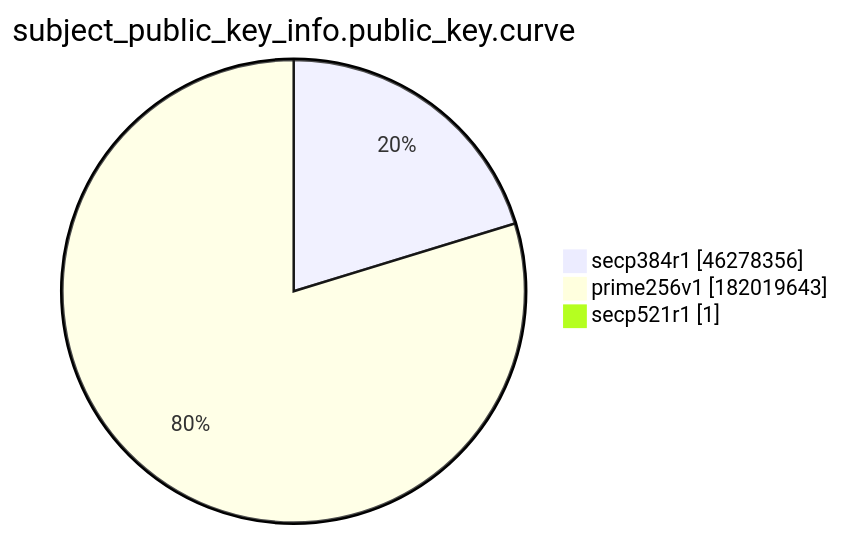
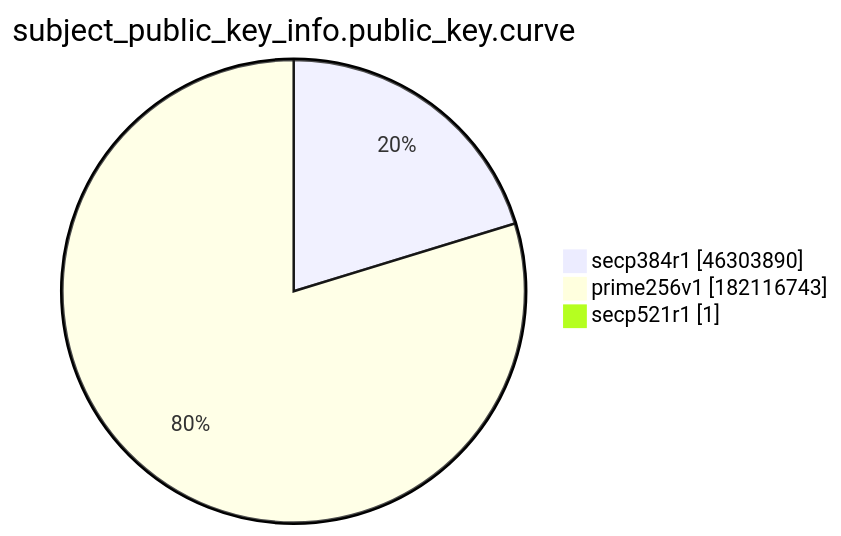
Before and after one commit to christiankrug/ctmonitor_visualization: the ninth of 15 diagrams in xenon2022/README.md, drawn with Mermaid. The commit also changed other lines of this file, not shown here.

````diff
--- a/xenon2022/README.md
+++ b/xenon2022/README.md
@@ -2874,7 +2874,7 @@
 ```mermaid
 pie showData
 title subject_public_key_info.public_key.curve
-"secp384r1" :46278356
-"prime256v1" :182019643
+"secp384r1" :46303890
+"prime256v1" :182116743
 "secp521r1" :1
 ```
````
